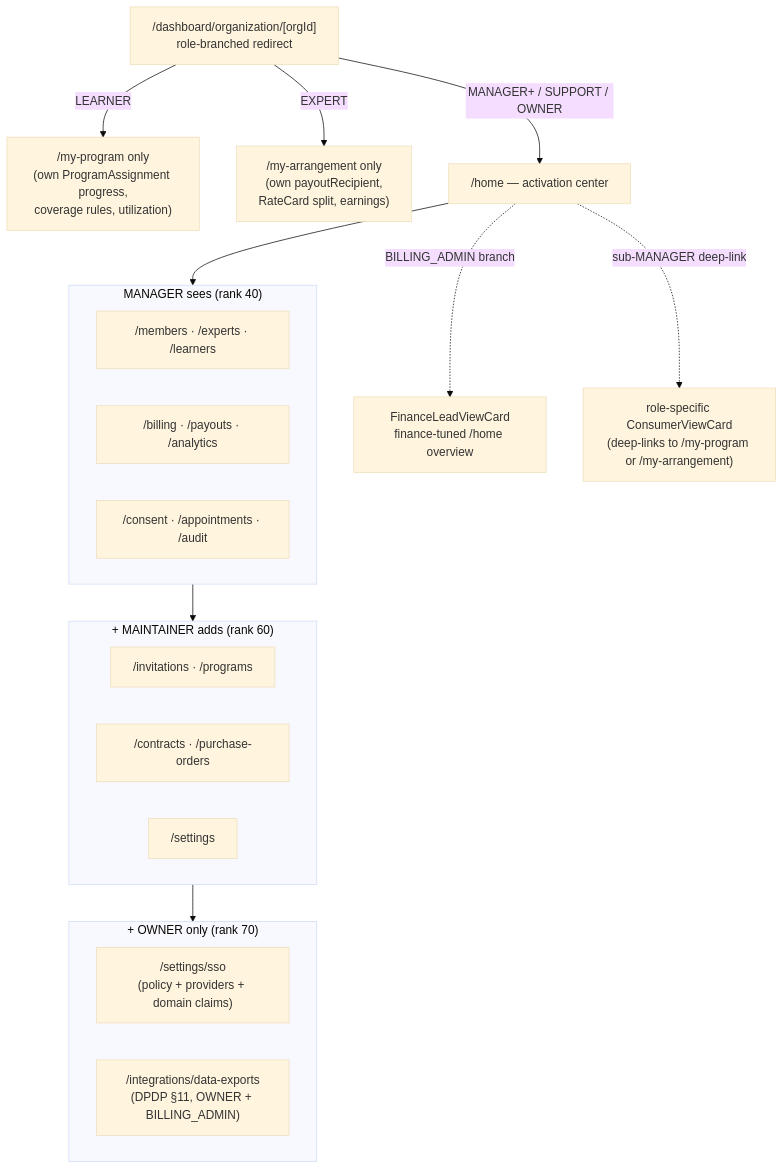
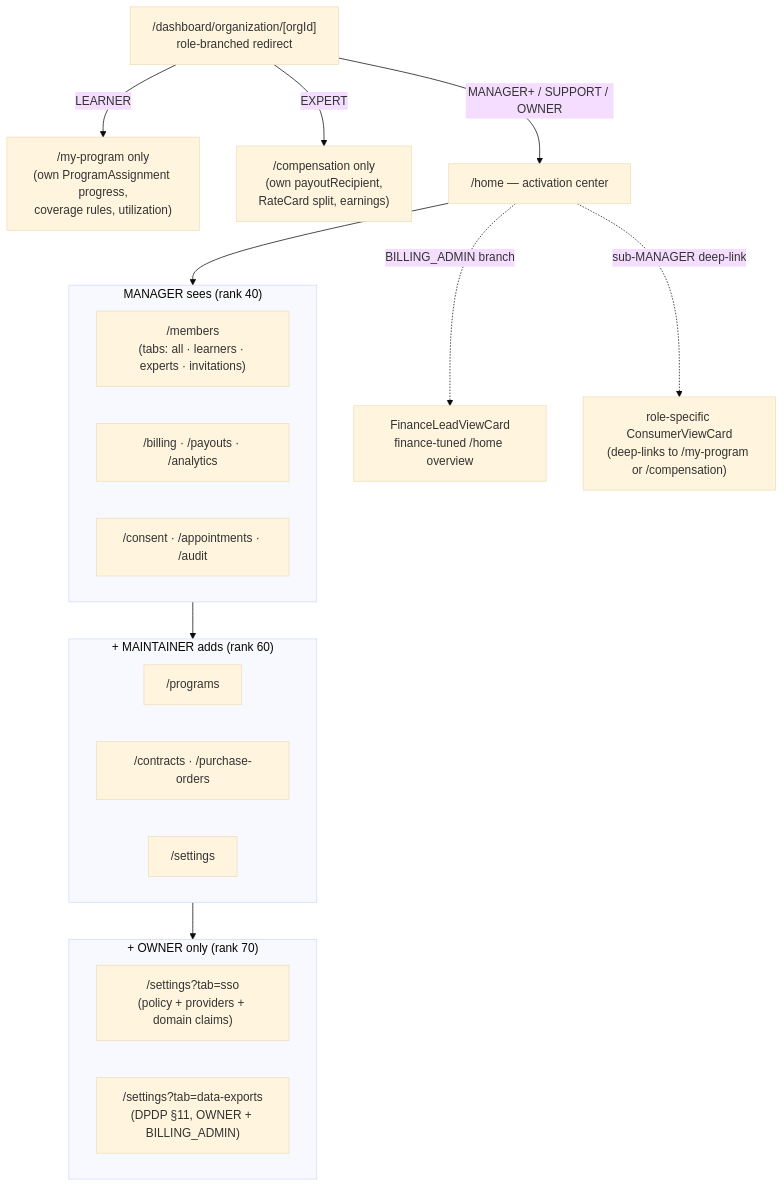
Before and after one commit to Practitionist/familiarise_web: the diagram in docs/enterprise/30-programs-and-lifecycle/04-dashboard-pages.md, drawn with Mermaid (base theme). The commit also changed other lines of this file and 5 other files, not shown here.

````diff
--- a/docs/enterprise/30-programs-and-lifecycle/04-dashboard-pages.md
+++ b/docs/enterprise/30-programs-and-lifecycle/04-dashboard-pages.md
@@ -130,29 +177,29 @@
 ```mermaid
 flowchart TD
   ENTRY["/dashboard/organization/[orgId]<br/>role-branched redirect"]
   ENTRY -->|LEARNER| LRN["/my-program only<br/>(own ProgramAssignment progress,<br/>coverage rules, utilization)"]
-  ENTRY -->|EXPERT| EXP["/my-arrangement only<br/>(own payoutRecipient,<br/>RateCard split, earnings)"]
+  ENTRY -->|EXPERT| EXP["/compensation only<br/>(own payoutRecipient,<br/>RateCard split, earnings)"]
   ENTRY -->|MANAGER+ / SUPPORT / OWNER| HOME["/home — activation center"]
 
   subgraph MGR["MANAGER sees (rank 40)"]
     direction LR
-    M1["/members · /experts · /learners"]
+    M1["/members<br/>(tabs: all · learners · experts · invitations)"]
     M2["/billing · /payouts · /analytics"]
     M3["/consent · /appointments · /audit"]
   end
   subgraph MNT["+ MAINTAINER adds (rank 60)"]
     direction LR
-    T1["/invitations · /programs"]
+    T1["/programs"]
     T2["/contracts · /purchase-orders"]
     T3["/settings"]
   end
   subgraph OWN["+ OWNER only (rank 70)"]
     direction LR
-    O1["/settings/sso<br/>(policy + providers + domain claims)"]
-    O2["/integrations/data-exports<br/>(DPDP §11, OWNER + BILLING_ADMIN)"]
+    O1["/settings?tab=sso<br/>(policy + providers + domain claims)"]
+    O2["/settings?tab=data-exports<br/>(DPDP §11, OWNER + BILLING_ADMIN)"]
   end
   HOME --> MGR --> MNT --> OWN
 
   HOME -.->|BILLING_ADMIN branch| FIN["FinanceLeadViewCard<br/>finance-tuned /home overview"]
-  HOME -.->|sub-MANAGER deep-link| CON["role-specific ConsumerViewCard<br/>(deep-links to /my-program or /my-arrangement)"]
+  HOME -.->|sub-MANAGER deep-link| CON["role-specific ConsumerViewCard<br/>(deep-links to /my-program or /compensation)"]
 ```
````
